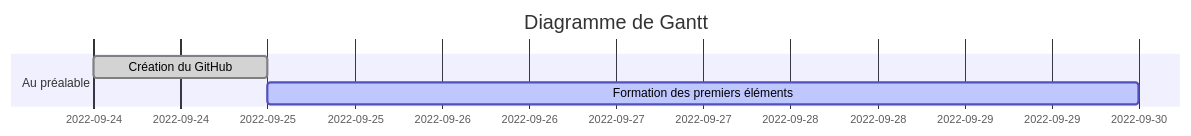
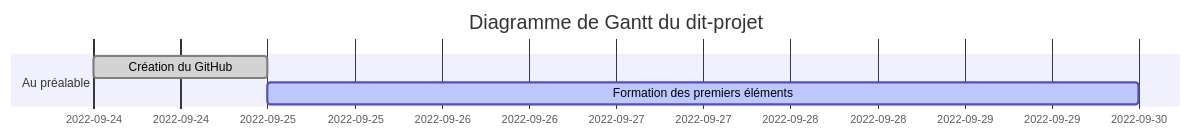
The diagram in README.md (BenoitBOMPOL/CluedoBayesien), drawn with Mermaid before and after one commit.

````diff
--- a/README.md
+++ b/README.md
@@ -5,9 +5,9 @@
 ```mermaid
 gantt
 dateFormat  YYYY-MM-DD
-title Diagramme de Gantt
+title Diagramme de Gantt du dit-projet
 
 section Au préalable
 Création du GitHub        :done, git1, 2022-09-24, 1d
 Formation des premiers éléments: active, add1, 2022-09-25, 2022-09-30
 ```
````
